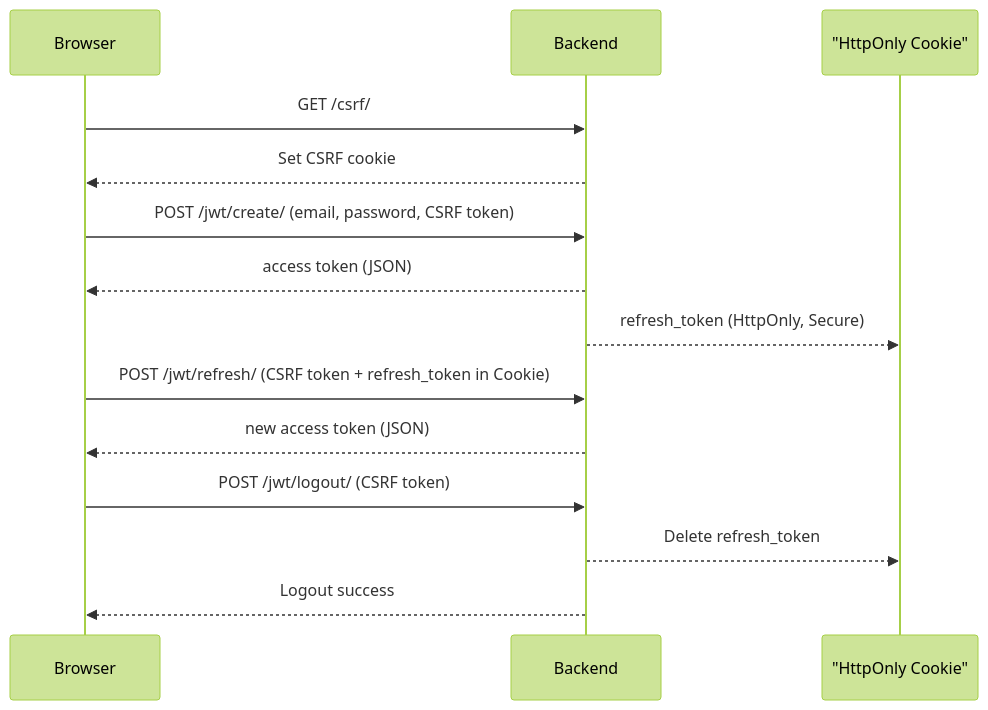
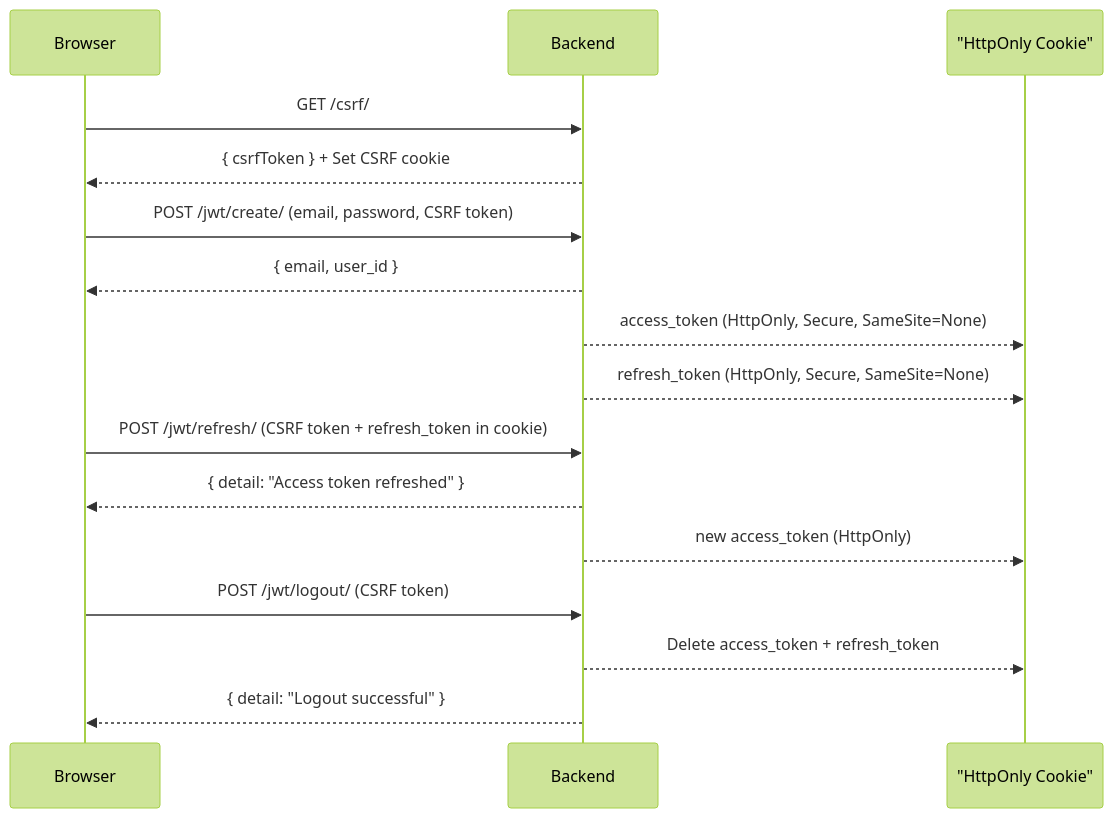
The diagram in docs/API.md (Project-Stage-Academy/UA-4148-bravo), drawn with Mermaid (forest theme) before and after one commit. The commit also changed other lines of this file and 2 other files, not shown here.

Commit message:
Fix jwt endpoints

````diff
--- a/docs/API.md
+++ b/docs/API.md
@@ -104,20 +111,22 @@
 ```mermaid
 sequenceDiagram
     participant Browser
     participant Backend
     participant Cookie as "HttpOnly Cookie"
 
     Browser->>Backend: GET /csrf/
-    Backend-->>Browser: Set CSRF cookie
+    Backend-->>Browser: { csrfToken } + Set CSRF cookie
 
     Browser->>Backend: POST /jwt/create/ (email, password, CSRF token)
-    Backend-->>Browser: access token (JSON)
-    Backend-->>Cookie: refresh_token (HttpOnly, Secure)
+    Backend-->>Browser: { email, user_id }
+    Backend-->>Cookie: access_token (HttpOnly, Secure, SameSite=None)
+    Backend-->>Cookie: refresh_token (HttpOnly, Secure, SameSite=None)
 
-    Browser->>Backend: POST /jwt/refresh/ (CSRF token + refresh_token in Cookie)
-    Backend-->>Browser: new access token (JSON)
+    Browser->>Backend: POST /jwt/refresh/ (CSRF token + refresh_token in cookie)
+    Backend-->>Browser: { detail: "Access token refreshed" }
+    Backend-->>Cookie: new access_token (HttpOnly)
 
     Browser->>Backend: POST /jwt/logout/ (CSRF token)
-    Backend-->>Cookie: Delete refresh_token
-    Backend-->>Browser: Logout success
+    Backend-->>Cookie: Delete access_token + refresh_token
+    Backend-->>Browser: { detail: "Logout successful" }
 ```
````
